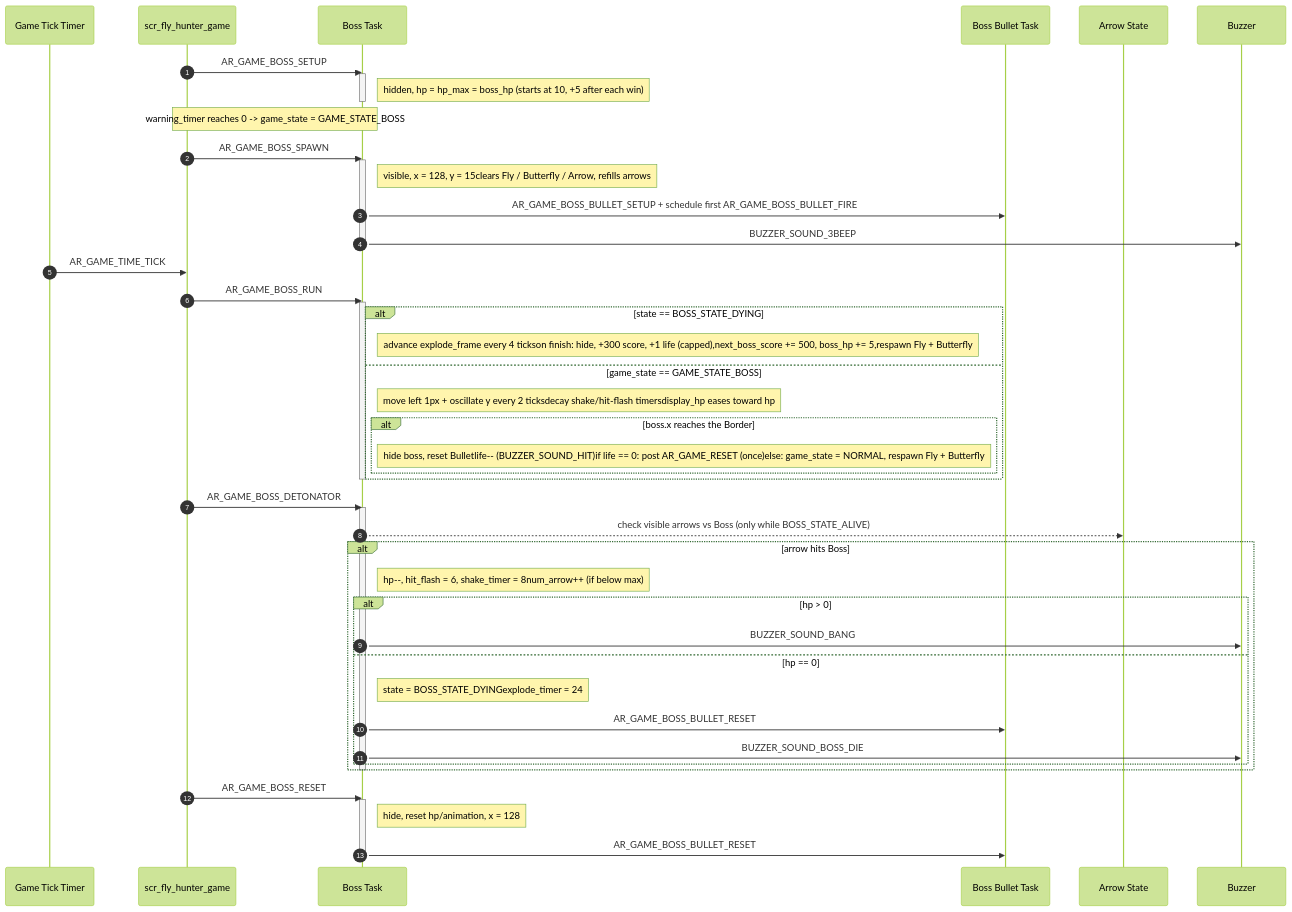
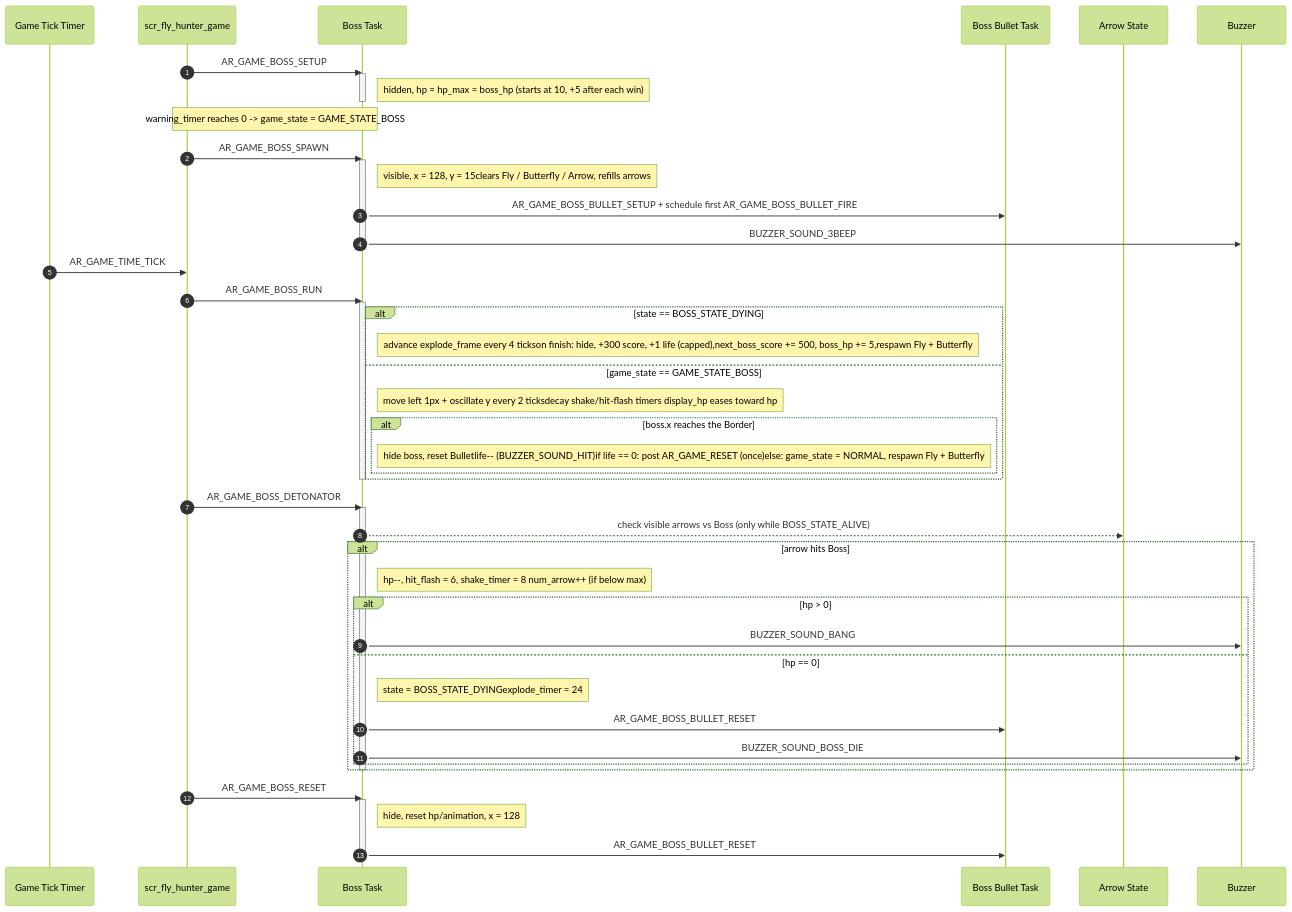
Before and after one commit to PhanVanTranh/Fly_Hunter_Game: the fifth of 8 diagrams in docs/03-design-sequence-object.md, drawn with Mermaid (forest theme). The commit also changed other lines of this file, not shown here.

Commit message:
Fix formatting and spacing in design sequence document

````diff
--- a/docs/03-design-sequence-object.md
+++ b/docs/03-design-sequence-object.md
@@ -204,57 +204,57 @@
 ```mermaid
 sequenceDiagram
     autonumber
     participant Timer as Game Tick Timer
     participant Screen as scr_fly_hunter_game
     participant Boss as Boss Task
     participant Bullet as Boss Bullet Task
     participant Arrow as Arrow State
     participant Buzzer as Buzzer
 
     Screen->>Boss: AR_GAME_BOSS_SETUP
     activate Boss
     Note right of Boss: hidden, hp = hp_max = boss_hp (starts at 10, +5 after each win)
     deactivate Boss
 
     Note over Screen,Boss: warning_timer reaches 0 -> game_state = GAME_STATE_BOSS
     Screen->>Boss: AR_GAME_BOSS_SPAWN
     activate Boss
     Note right of Boss: visible, x = 128, y = 15clears Fly / Butterfly / Arrow, refills arrows
     Boss->>Bullet: AR_GAME_BOSS_BULLET_SETUP + schedule first AR_GAME_BOSS_BULLET_FIRE
     Boss->>Buzzer: BUZZER_SOUND_3BEEP
     deactivate Boss
 
     Timer->>Screen: AR_GAME_TIME_TICK
     Screen->>Boss: AR_GAME_BOSS_RUN
     activate Boss
     alt state == BOSS_STATE_DYING
         Note right of Boss: advance explode_frame every 4 tickson finish: hide, +300 score, +1 life (capped),next_boss_score += 500, boss_hp += 5,respawn Fly + Butterfly
     else game_state == GAME_STATE_BOSS
-        Note right of Boss: move left 1px + oscillate y every 2 ticksdecay shake/hit-flash timersdisplay_hp eases toward hp
+        Note right of Boss: move left 1px + oscillate y every 2 ticksdecay shake/hit-flash timers display_hp eases toward hp
         alt boss.x reaches the Border
             Note right of Boss: hide boss, reset Bulletlife-- (BUZZER_SOUND_HIT)if life == 0: post AR_GAME_RESET (once)else: game_state = NORMAL, respawn Fly + Butterfly
         end
     end
     deactivate Boss
 
     Screen->>Boss: AR_GAME_BOSS_DETONATOR
     activate Boss
     Boss-->>Arrow: check visible arrows vs Boss (only while BOSS_STATE_ALIVE)
     alt arrow hits Boss
-        Note right of Boss: hp--, hit_flash = 6, shake_timer = 8num_arrow++ (if below max)
+        Note right of Boss: hp--, hit_flash = 6, shake_timer = 8 num_arrow++ (if below max)
         alt hp > 0
             Boss->>Buzzer: BUZZER_SOUND_BANG
         else hp == 0
             Note right of Boss: state = BOSS_STATE_DYINGexplode_timer = 24
             Boss->>Bullet: AR_GAME_BOSS_BULLET_RESET
             Boss->>Buzzer: BUZZER_SOUND_BOSS_DIE
         end
     end
     deactivate Boss
 
     Screen->>Boss: AR_GAME_BOSS_RESET
     activate Boss
     Note right of Boss: hide, reset hp/animation, x = 128
     Boss->>Bullet: AR_GAME_BOSS_BULLET_RESET
     deactivate Boss
 ```
````
